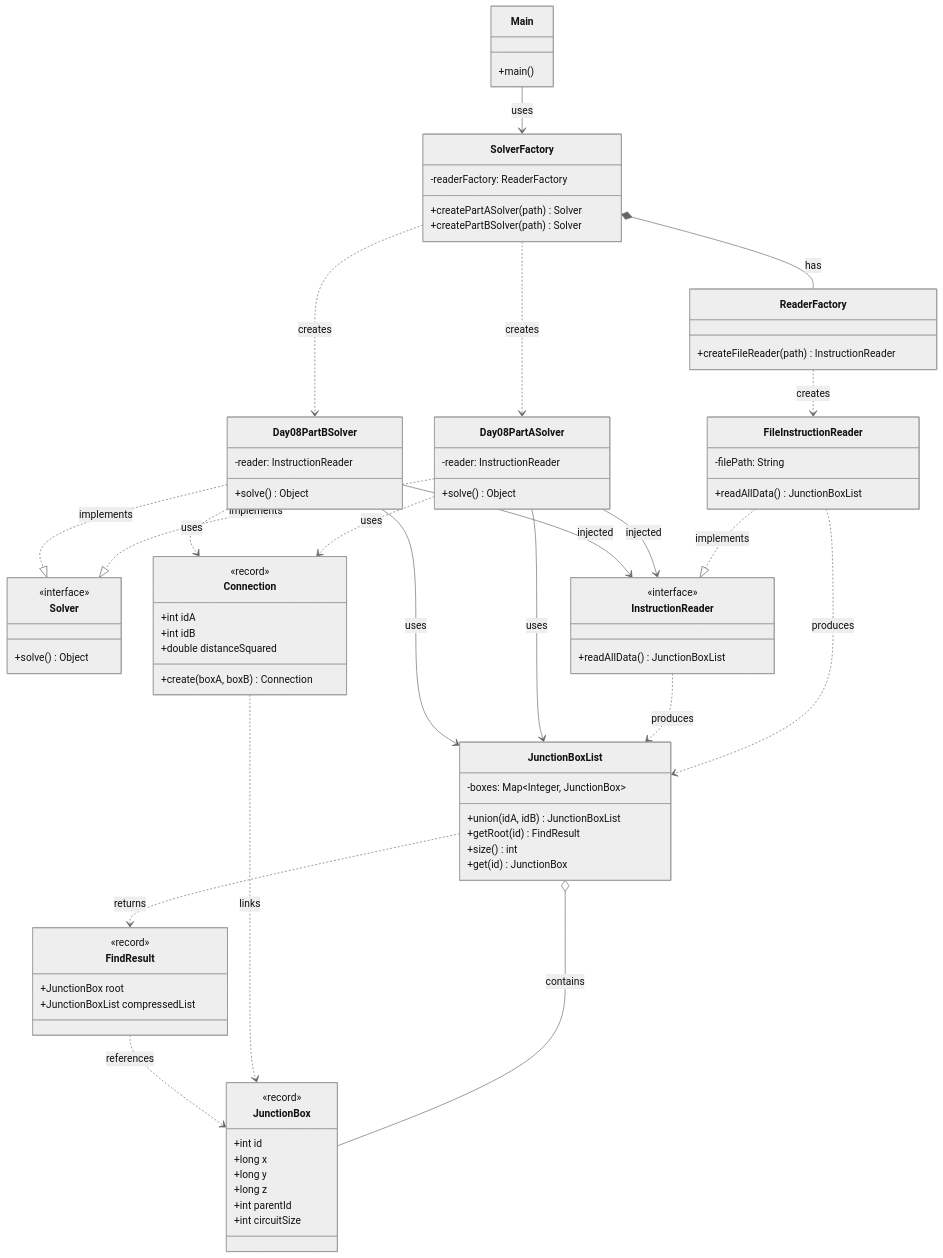
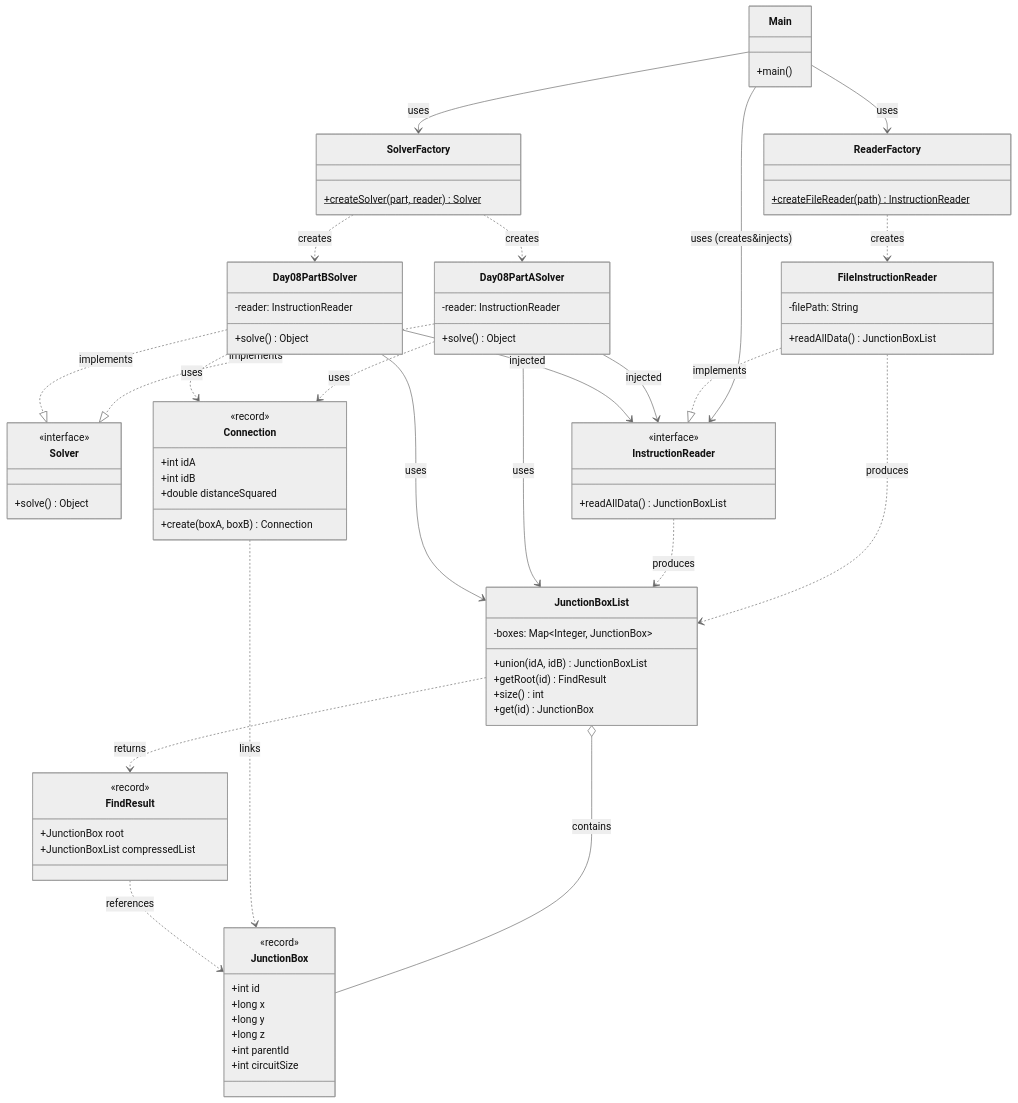
Before and after one commit to Carlossr2401/AOC2025: the diagram in src/main/java/software/aoc/day08/README.md, drawn with Mermaid (neutral theme). The commit also changed other lines of this file and 53 other files, not shown here.

```diff
--- a/src/main/java/software/aoc/day08/README.md
+++ b/src/main/java/software/aoc/day08/README.md
@@ -62,13 +64,11 @@
 
     %% Factories & IO
     class SolverFactory {
-        -readerFactory: ReaderFactory
-        +createPartASolver(path) Solver
-        +createPartBSolver(path) Solver
+        +createSolver(part, reader) Solver$
     }
 
     class ReaderFactory {
-        +createFileReader(path) InstructionReader
+        +createFileReader(path) InstructionReader$
     }
 
     class FileInstructionReader {
@@ -89,7 +89,8 @@
 
     %% Relationships
     Main --> SolverFactory : uses
-    SolverFactory *-- ReaderFactory : has
+    Main --> ReaderFactory : uses
+    Main --> InstructionReader : uses (creates&injects)
     SolverFactory ..> Day08PartASolver : creates
     SolverFactory ..> Day08PartBSolver : creates
 
```
